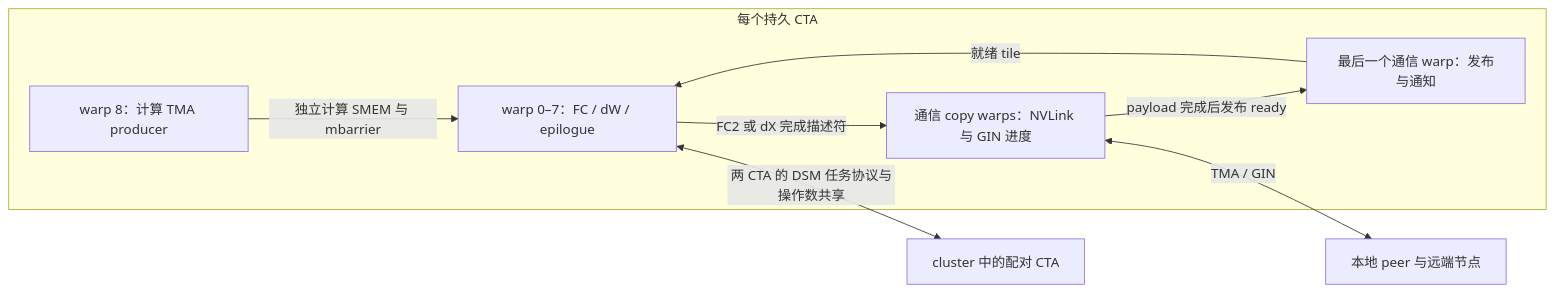
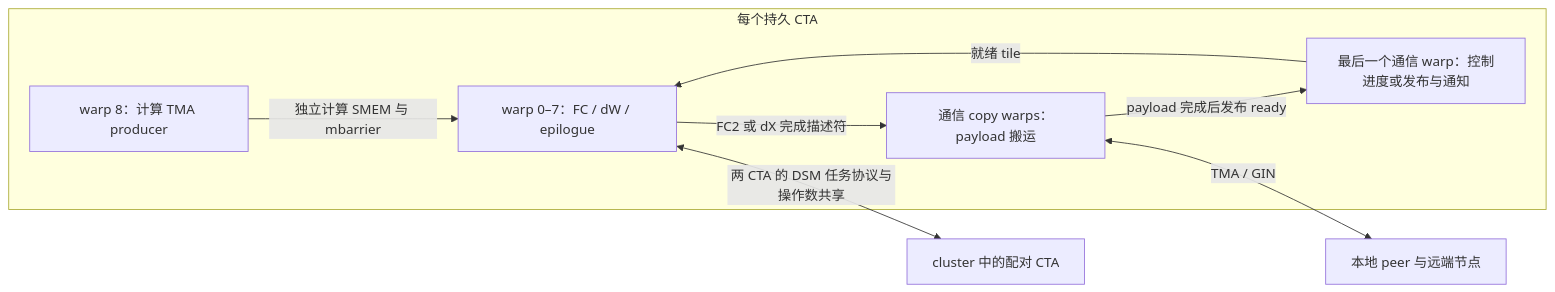
One commit to yulangz/WeftMoE changed the diagram in docs/full_cta_all_worker.md. Above: the diagram before and after it, drawn with Mermaid. The commit also changed other lines of this file and 2 other files, not shown here.

````diff
--- a/docs/full_cta_all_worker.md
+++ b/docs/full_cta_all_worker.md
@@ -24,15 +24,15 @@
 ```mermaid
 flowchart LR
   subgraph CTA[每个持久 CTA]
     P[warp 8：计算 TMA producer]
     M[warp 0–7：FC / dW / epilogue]
-    C[通信 copy warps：NVLink 与 GIN 进度]
-    N[最后一个通信 warp：发布与通知]
+    C[通信 copy warps：payload 搬运]
+    N[最后一个通信 warp：控制进度或发布与通知]
     P -->|独立计算 SMEM 与 mbarrier| M
     C -->|payload 完成后发布 ready| N
     N -->|就绪 tile| M
     M -->|FC2 或 dX 完成描述符| C
   end
   C <-->|TMA / GIN| Peer[本地 peer 与远端节点]
   M <-->|两 CTA 的 DSM 任务协议与操作数共享| Pair[cluster 中的配对 CTA]
 ```
````
